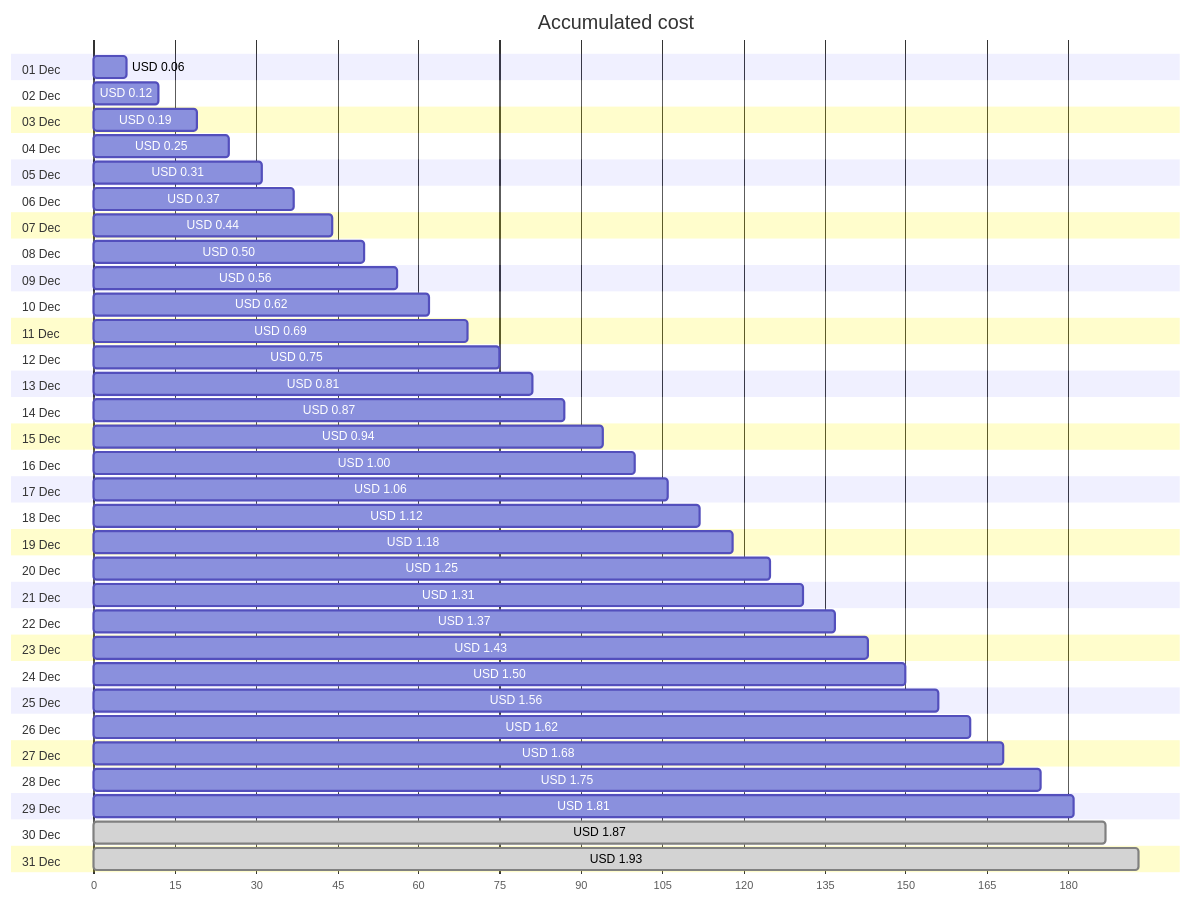
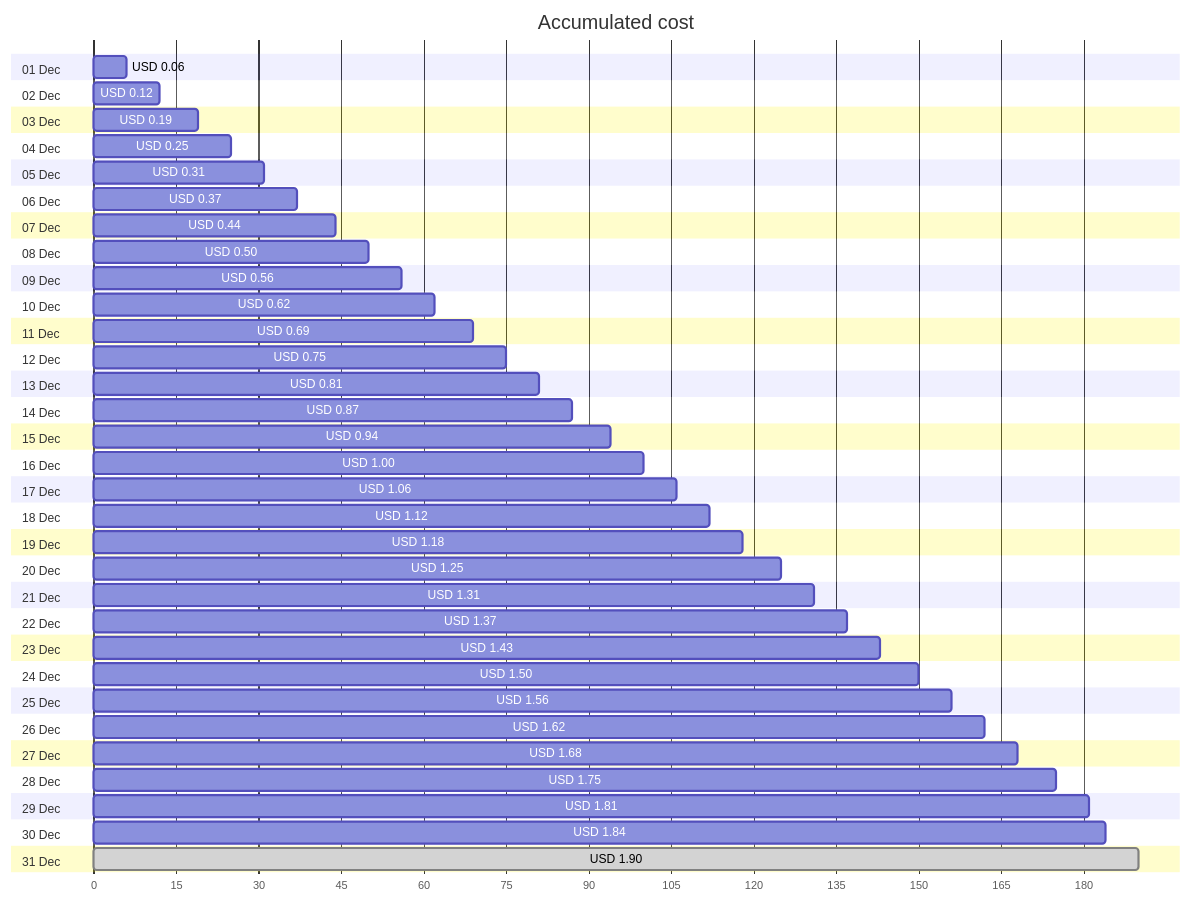
Before and after one commit to jpfulton/azure-personal-reports: the first of 4 diagrams in cost-reports/personal-network/vpn-server_OsDisk.md, drawn with Mermaid. The commit also changed other lines of this file and 8 other files, not shown here.

````diff
--- a/cost-reports/personal-network/vpn-server_OsDisk.md
+++ b/cost-reports/personal-network/vpn-server_OsDisk.md
@@ -20,68 +20,68 @@
 ```mermaid
 gantt
    title Accumulated cost
    dateFormat  X
    axisFormat %s
    section 01 Dec
    USD 0.06 :0, 6
    section 02 Dec
    USD 0.12 :0, 12
    section 03 Dec
    USD 0.19 :0, 19
    section 04 Dec
    USD 0.25 :0, 25
    section 05 Dec
    USD 0.31 :0, 31
    section 06 Dec
    USD 0.37 :0, 37
    section 07 Dec
    USD 0.44 :0, 44
    section 08 Dec
    USD 0.50 :0, 50
    section 09 Dec
    USD 0.56 :0, 56
    section 10 Dec
    USD 0.62 :0, 62
    section 11 Dec
    USD 0.69 :0, 69
    section 12 Dec
    USD 0.75 :0, 75
    section 13 Dec
    USD 0.81 :0, 81
    section 14 Dec
    USD 0.87 :0, 87
    section 15 Dec
    USD 0.94 :0, 94
    section 16 Dec
    USD 1.00 :0, 100
    section 17 Dec
    USD 1.06 :0, 106
    section 18 Dec
    USD 1.12 :0, 112
    section 19 Dec
    USD 1.18 :0, 118
    section 20 Dec
    USD 1.25 :0, 125
    section 21 Dec
    USD 1.31 :0, 131
    section 22 Dec
    USD 1.37 :0, 137
    section 23 Dec
    USD 1.43 :0, 143
    section 24 Dec
    USD 1.50 :0, 150
    section 25 Dec
    USD 1.56 :0, 156
    section 26 Dec
    USD 1.62 :0, 162
    section 27 Dec
    USD 1.68 :0, 168
    section 28 Dec
    USD 1.75 :0, 175
    section 29 Dec
    USD 1.81 :0, 181
    section 30 Dec
-   USD 1.87 : done, 0, 187
+   USD 1.84 :0, 184
    section 31 Dec
-   USD 1.93 : done, 0, 193
+   USD 1.90 : done, 0, 190
 ```
````
